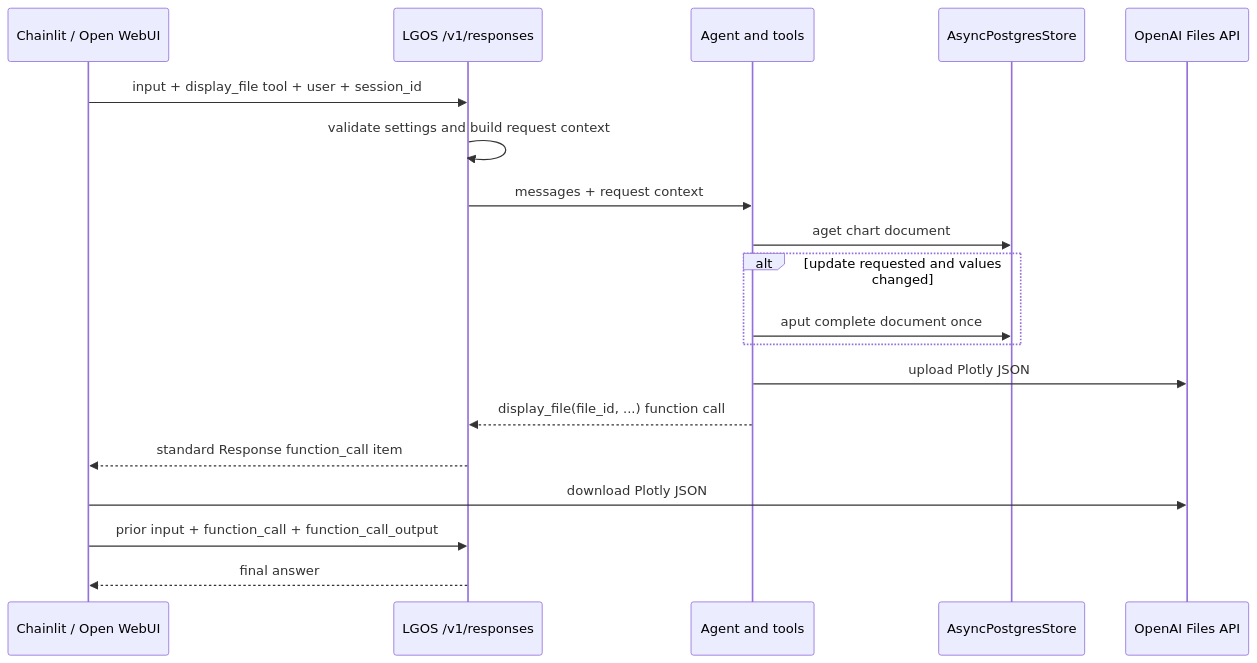
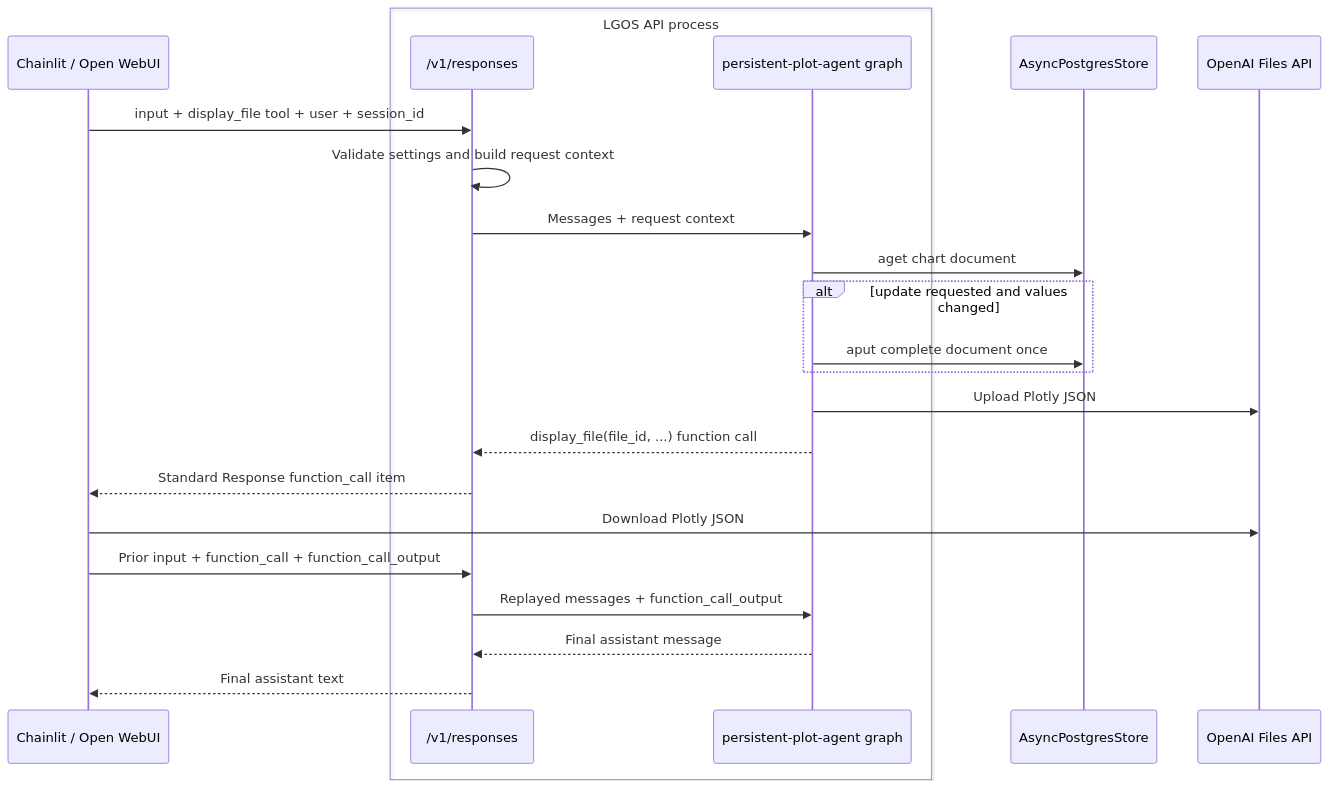
Before and after one commit to ilkersigirci/langgraph-openai-serve: the second of 2 diagrams in docs/demo/graphs/persistent-plot-agent.md, drawn with Mermaid. The commit also changed other lines of this file and 8 other files, not shown here.

Commit message:
docs: demo graphs order made the same

````diff
--- a/docs/demo/graphs/persistent-plot-agent.md
+++ b/docs/demo/graphs/persistent-plot-agent.md
@@ -36,22 +36,26 @@
 ```mermaid
 sequenceDiagram
   participant UI as Chainlit / Open WebUI
-  participant LGOS as LGOS /v1/responses
-  participant Agent as Agent and tools
+  box LGOS API process
+    participant API as /v1/responses
+    participant Graph as persistent-plot-agent graph
+  end
   participant Store as AsyncPostgresStore
   participant Files as OpenAI Files API
 
-  UI->>LGOS: input + display_file tool + user + session_id
-  LGOS->>LGOS: validate settings and build request context
-  LGOS->>Agent: messages + request context
-  Agent->>Store: aget chart document
+  UI->>API: input + display_file tool + user + session_id
+  API->>API: Validate settings and build request context
+  API->>Graph: Messages + request context
+  Graph->>Store: aget chart document
   alt update requested and values changed
-    Agent->>Store: aput complete document once
+    Graph->>Store: aput complete document once
   end
-  Agent->>Files: upload Plotly JSON
-  Agent-->>LGOS: display_file(file_id, ...) function call
-  LGOS-->>UI: standard Response function_call item
-  UI->>Files: download Plotly JSON
-  UI->>LGOS: prior input + function_call + function_call_output
-  LGOS-->>UI: final answer
+  Graph->>Files: Upload Plotly JSON
+  Graph-->>API: display_file(file_id, ...) function call
+  API-->>UI: Standard Response function_call item
+  UI->>Files: Download Plotly JSON
+  UI->>API: Prior input + function_call + function_call_output
+  API->>Graph: Replayed messages + function_call_output
+  Graph-->>API: Final assistant message
+  API-->>UI: Final assistant text
 ```
````
